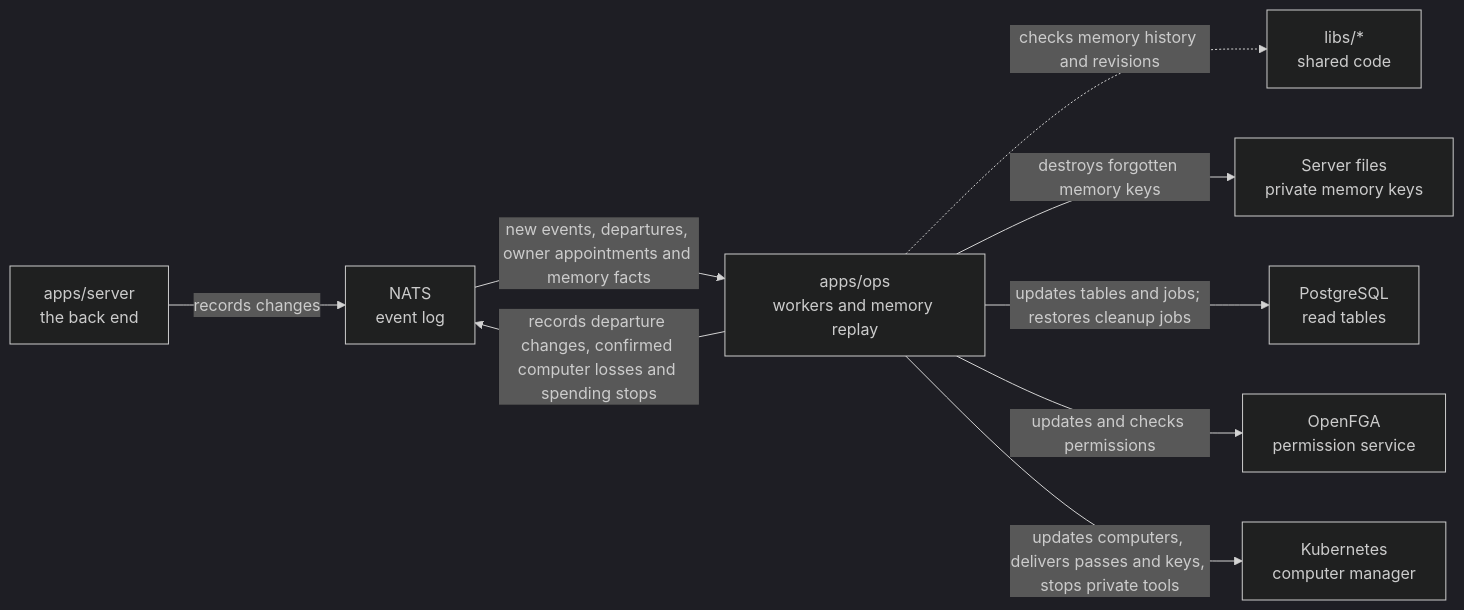
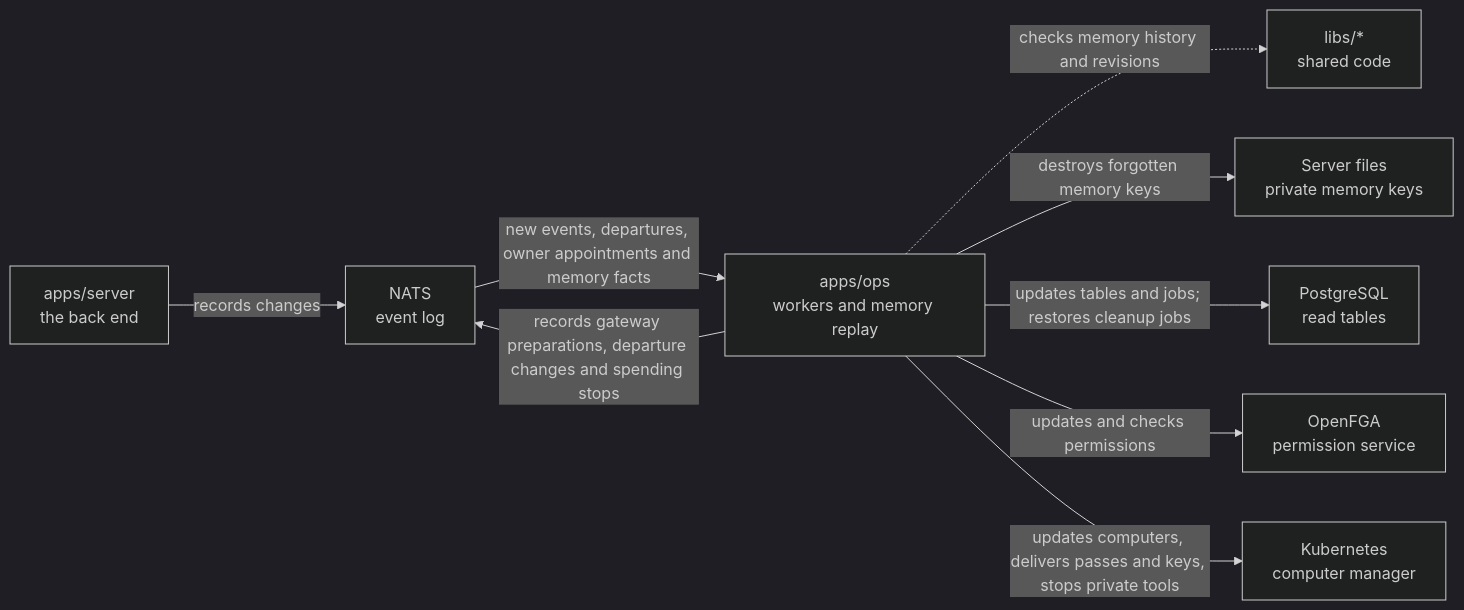
The diagram in apps/ops/README.md (elewa-git/opencrane-new), drawn with Mermaid (dark theme) before and after one commit. The commit also changed other lines of this file and 33 other files, not shown here.

````diff
--- a/apps/ops/README.md
+++ b/apps/ops/README.md
@@ -11,11 +11,11 @@
 ```mermaid
 flowchart LR
   server["apps/server<br/>the back end"] -->|records changes| nats["NATS<br/>event log"]
   nats -->|new events, departures, owner appointments and memory facts| ops["apps/ops<br/>workers and memory replay"]
-  ops -->|records departure changes, confirmed computer losses and spending stops| nats
+  ops -->|records gateway preparations, departure changes and spending stops| nats
   ops -.->|checks memory history and revisions| libs["libs/*<br/>shared code"]
   ops -->|destroys forgotten memory keys| keys["Server files<br/>private memory keys"]
   ops -->|updates tables and jobs; restores cleanup jobs| postgres["PostgreSQL<br/>read tables"]
   ops -->|updates and checks permissions| fga["OpenFGA<br/>permission service"]
   ops -->|updates computers, delivers passes and keys, stops private tools| kube["Kubernetes<br/>computer manager"]
 ```
````
